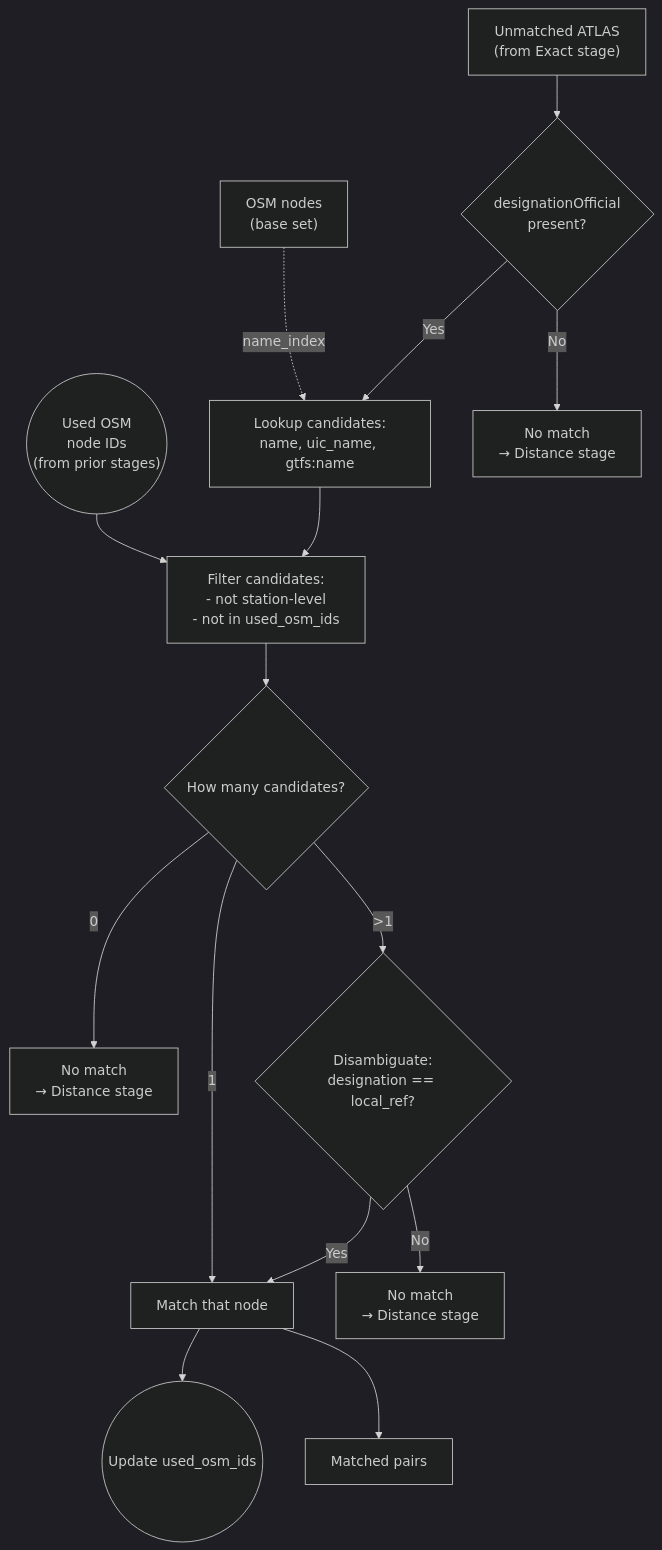
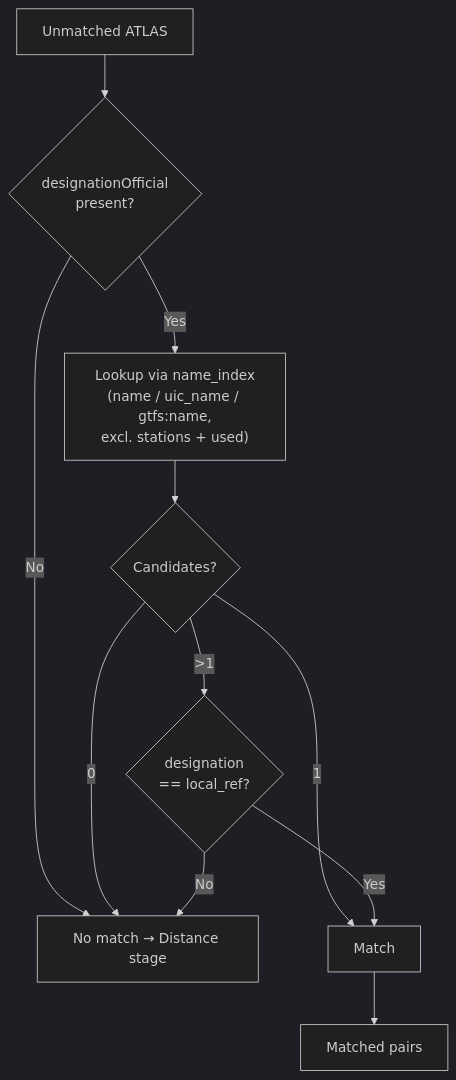
Before and after one commit to openTdataCH/stop_sync_osm_atlas: the diagram in documentation/2.2 Name matching.md, drawn with Mermaid (dark theme). The commit also changed 39 other files, not shown here.

````diff
--- a/documentation/2.2 Name matching.md
+++ b/documentation/2.2 Name matching.md
@@ -5,26 +5,13 @@
 ```mermaid
 flowchart TB
-    %% ===== INPUTS =====
-    IN["Unmatched ATLAS<br/>(from Exact stage)"]
-    OSM["OSM nodes<br/>(base set)"]
-    U(("Used OSM<br/>node IDs<br/>(from prior stages)"))
-
-    IN --> Z{"designationOfficial<br/>present?"}
-    OSM -.-> |"name_index"| K
-    U --> F
-
-    Z -->|No| N0["No match<br/>→ Distance stage"]
-    Z -->|Yes| K["Lookup candidates:<br/>name, uic_name, gtfs:name"]
-
-    K --> F["Filter candidates:<br/>- not station-level<br/>- not in used_osm_ids"]
-    F --> S{"How many candidates?"}
-
-    S -->|0| N1["No match<br/>→ Distance stage"]
-    S -->|1| M["Match that node"]
-    S -->|">1"| D{"Disambiguate:<br/>designation == local_ref?"}
+    IN["Unmatched ATLAS"] --> Z{"designationOfficial<br/>present?"}
+    Z -->|No| X["No match → Distance stage"]
+    Z -->|Yes| K["Lookup via name_index<br/>(name / uic_name / gtfs:name,<br/>excl. stations + used)"]
+    K --> S{"Candidates?"}
+    S -->|0| X
+    S -->|1| M["Match"]
+    S -->|">1"| D{"designation<br/>== local_ref?"}
     D -->|Yes| M
-    D -->|No| N2["No match<br/>→ Distance stage"]
-
-    M --> U2(("Update used_osm_ids"))
+    D -->|No| X
     M --> OUT["Matched pairs"]
 ```
````
